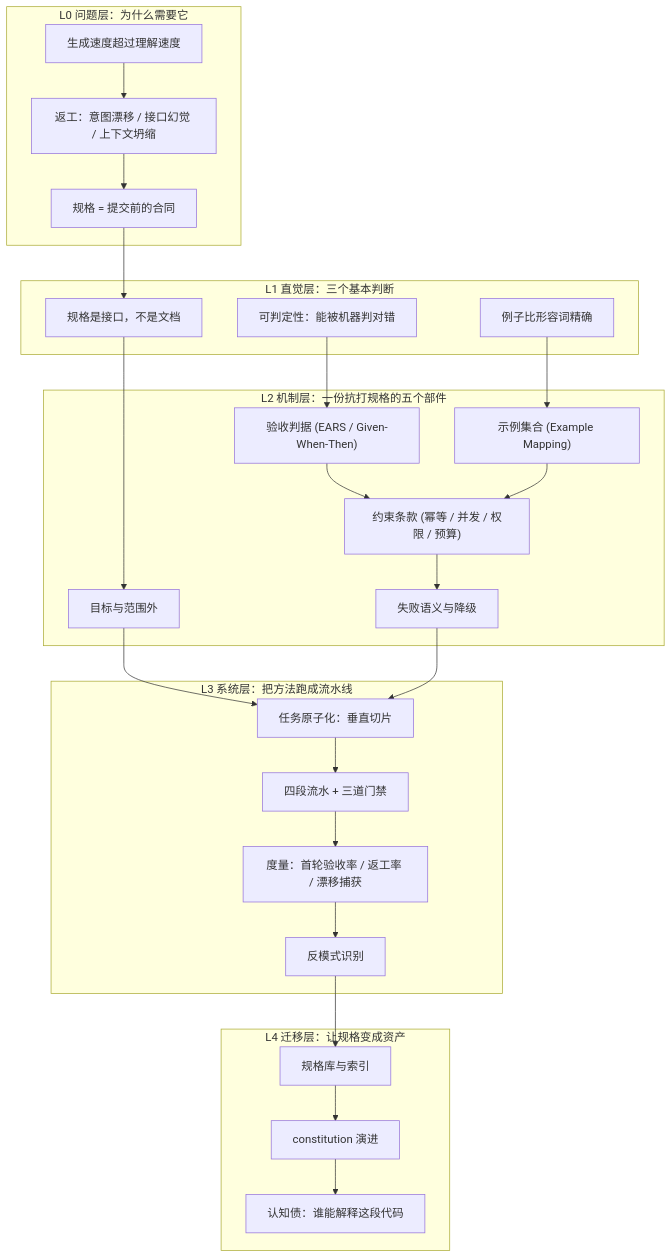
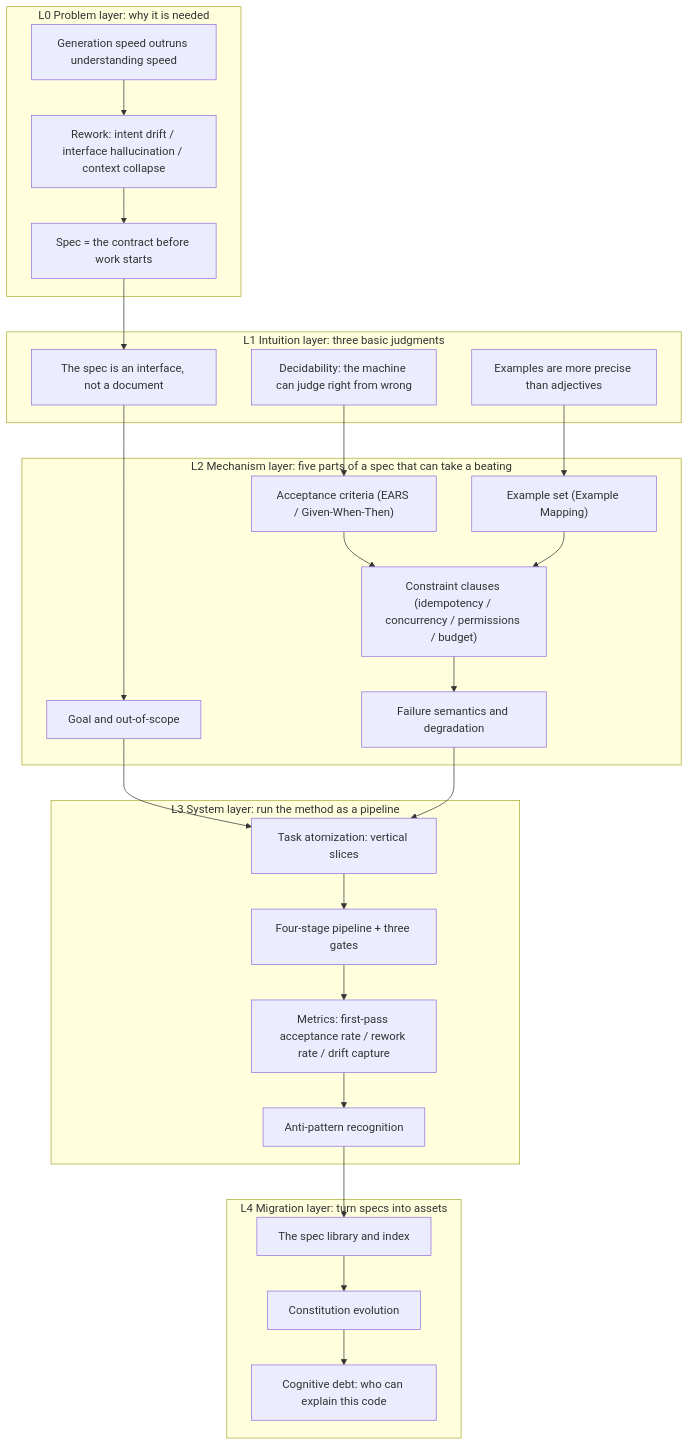
Before and after one commit to xzlxiao/vibe-coding-textbook: the diagram in phase2/README.md, drawn with Mermaid. The commit also changed other lines of this file and 15 other files, not shown here.

````diff
--- a/phase2/README.md
+++ b/phase2/README.md
@@ -49,50 +49,50 @@
 ```mermaid
 flowchart TD
-    subgraph L0["L0 问题层：为什么需要它"]
-        P1["生成速度超过理解速度"] --> P2["返工：意图漂移 / 接口幻觉 / 上下文坍缩"]
-        P2 --> P3["规格 = 提交前的合同"]
+    subgraph L0["L0 Problem layer: why it is needed"]
+        P1["Generation speed outruns understanding speed"] --> P2["Rework: intent drift / interface hallucination / context collapse"]
+        P2 --> P3["Spec = the contract before work starts"]
     end
 
-    subgraph L1["L1 直觉层：三个基本判断"]
-        I1["规格是接口，不是文档"]
-        I2["可判定性：能被机器判对错"]
-        I3["例子比形容词精确"]
+    subgraph L1["L1 Intuition layer: three basic judgments"]
+        I1["The spec is an interface, not a document"]
+        I2["Decidability: the machine can judge right from wrong"]
+        I3["Examples are more precise than adjectives"]
     end
 
-    subgraph L2["L2 机制层：一份抗打规格的五个部件"]
-        M1["目标与范围外"]
-        M2["验收判据 (EARS / Given-When-Then)"]
-        M3["示例集合 (Example Mapping)"]
-        M4["约束条款 (幂等 / 并发 / 权限 / 预算)"]
-        M5["失败语义与降级"]
+    subgraph L2["L2 Mechanism layer: five parts of a spec that can take a beating"]
+        M1["Goal and out-of-scope"]
+        M2["Acceptance criteria (EARS / Given-When-Then)"]
+        M3["Example set (Example Mapping)"]
+        M4["Constraint clauses (idempotency / concurrency / permissions / budget)"]
+        M5["Failure semantics and degradation"]
     end
 
-    subgraph L3["L3 系统层：把方法跑成流水线"]
-        S1["任务原子化：垂直切片"]
-        S2["四段流水 + 三道门禁"]
-        S3["度量：首轮验收率 / 返工率 / 漂移捕获"]
-        S4["反模式识别"]
+    subgraph L3["L3 System layer: run the method as a pipeline"]
+        S1["Task atomization: vertical slices"]
+        S2["Four-stage pipeline + three gates"]
+        S3["Metrics: first-pass acceptance rate / rework rate / drift capture"]
+        S4["Anti-pattern recognition"]
     end
 
-    subgraph L4["L4 迁移层：让规格变成资产"]
-        A1["规格库与索引"]
-        A2["constitution 演进"]
-        A3["认知债：谁能解释这段代码"]
+    subgraph L4["L4 Migration layer: turn specs into assets"]
+        A1["The spec library and index"]
+        A2["Constitution evolution"]
+        A3["Cognitive debt: who can explain this code"]
     end
 
     P3 --> I1
     I1 --> M1
     I2 --> M2
     I3 --> M3
     M2 --> M4
     M3 --> M4
     M4 --> M5
     M1 --> S1
     M5 --> S1
     S1 --> S2
     S2 --> S3
     S3 --> S4
     S4 --> A1
     A1 --> A2
     A2 --> A3
 ```
````
